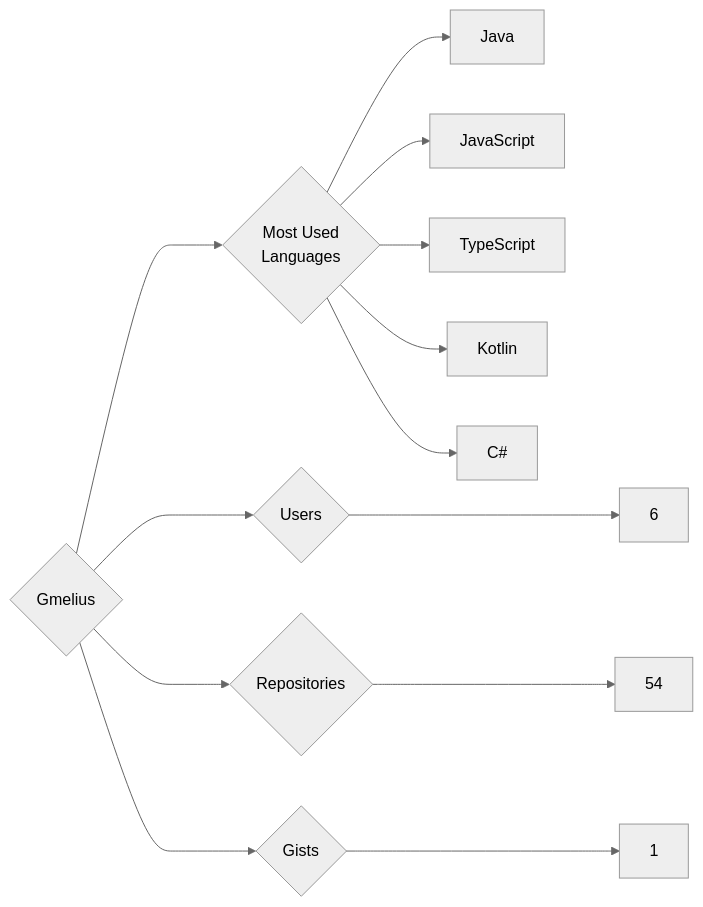
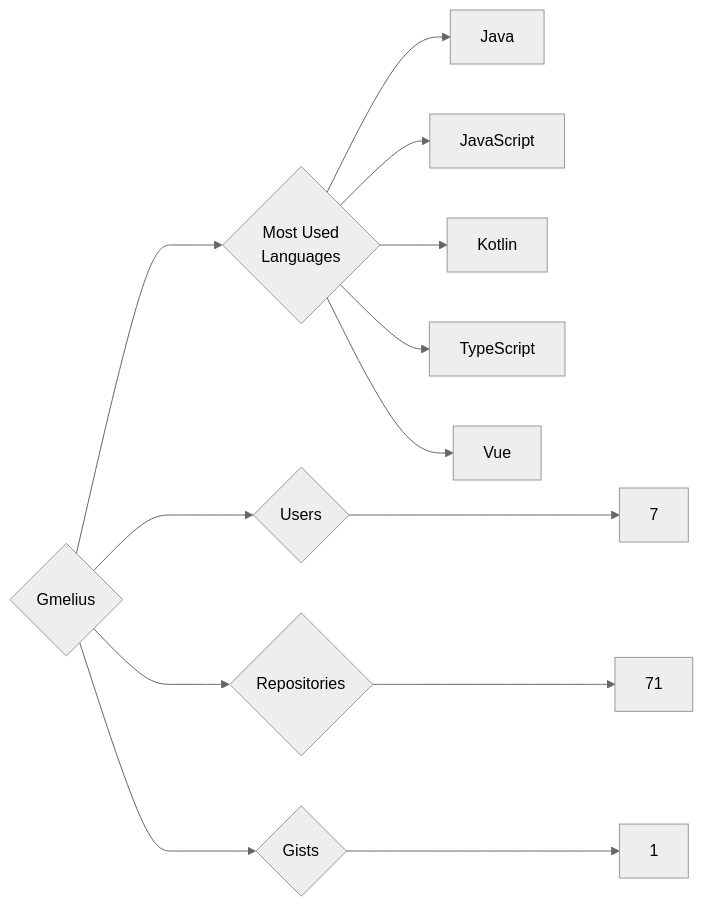
The diagram in targets/Gmelius/README.md (trickest/insiders), drawn with Mermaid (neutral theme) before and after one commit. The commit also changed 715 other files, not shown here.

````diff
--- a/targets/Gmelius/README.md
+++ b/targets/Gmelius/README.md
@@ -3,13 +3,13 @@
 ```mermaid
 graph LR
 COMPANY_NAME{Gmelius}
-COMPANY_NAME ---> U{Users} ---> UN[6]
-COMPANY_NAME ---> R{Repositories} ---> RN[54]
+COMPANY_NAME ---> U{Users} ---> UN[7]
+COMPANY_NAME ---> R{Repositories} ---> RN[71]
 COMPANY_NAME ---> G{Gists} ---> GN[1]
 COMPANY_NAME ---> ML{Most Used<br>Languages}
 ML --> Java[Java]
 ML --> JavaScript[JavaScript]
+ML --> Kotlin[Kotlin]
 ML --> TypeScript[TypeScript]
-ML --> Kotlin[Kotlin]
-ML --> C#[C#]
+ML --> Vue[Vue]
 ```
````
